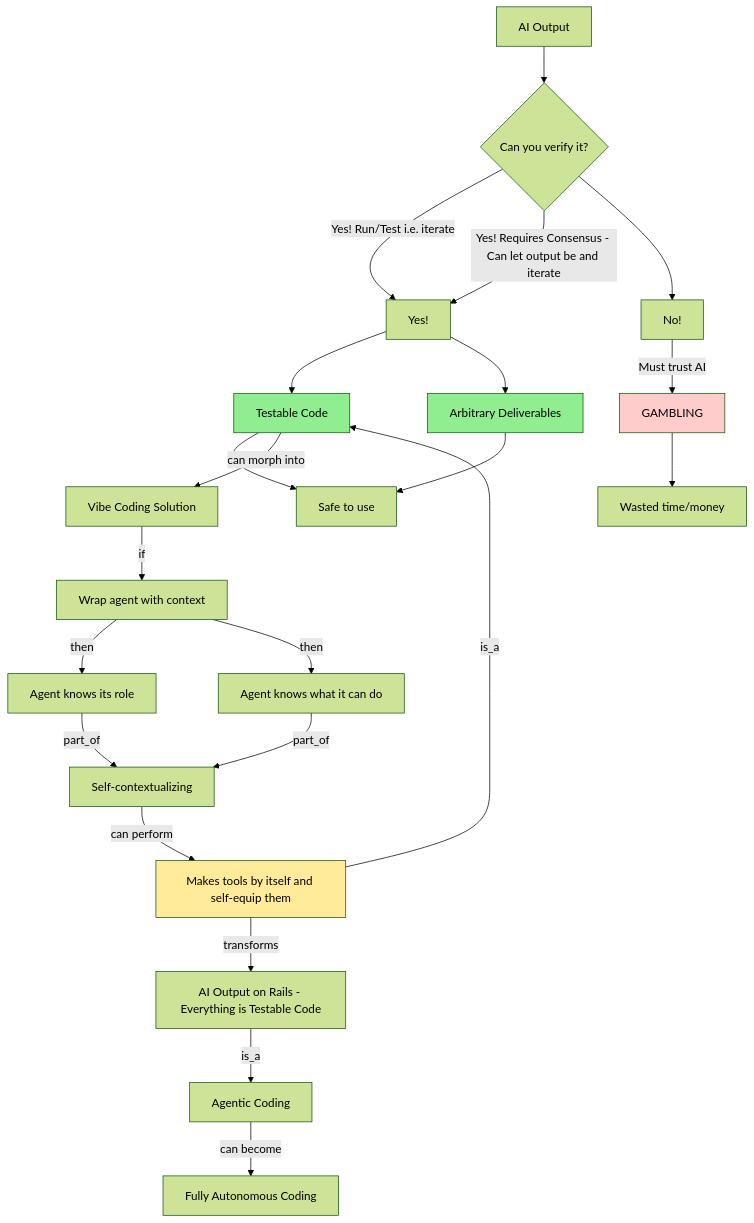
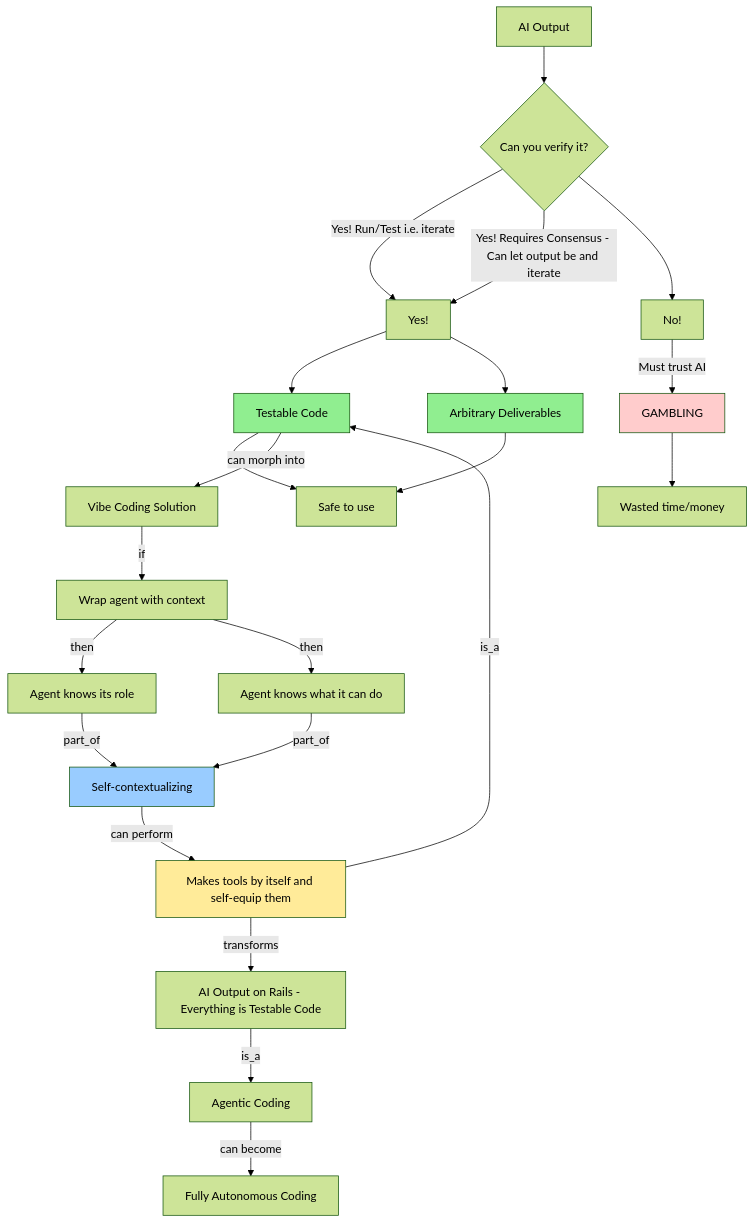
Before and after one commit to sancovp/starship-mcp: the diagram in docs/diagrams/0_VibeCodingBecomesAutoCoding.mermaid, drawn with Mermaid (forest theme).

```diff
--- a/docs/diagrams/0_VibeCodingBecomesAutoCoding.mermaid
+++ b/docs/diagrams/0_VibeCodingBecomesAutoCoding.mermaid
@@ -1,29 +1,30 @@
 flowchart TD
     A[AI Output] --> B{Can you verify it?}
     B -->|Yes! Run/Test i.e. iterate| N[Yes!]
     N --> C[Testable Code]
     B -->|Yes! Requires Consensus - Can let output be and iterate| N
     N --> D[Arbitrary Deliverables]
     B --> O[No!]
     O --> |Must trust AI| E[GAMBLING]
     
     C --> F[Safe to use]
     D --> F
     E --> G[Wasted time/money]
     
     H[Vibe Coding Solution] -->|if| I[Wrap agent with context]
     I -->|then| J[Agent knows its role]
     I -->|then| K[Agent knows what it can do]
     J -->|part_of| L[Self-contextualizing]
     K -->|part_of| L
     L -->|can perform| M[Makes tools by itself and self-equip them]
     M -->|is_a| C
     C -->|can morph into| H
     M -->|transforms| P[AI Output on Rails - Everything is Testable Code]
     P -->|is_a| Q[Agentic Coding]
     Q -->|can become| R[Fully Autonomous Coding]
     
     style C fill:#90EE90
     style D fill:#90EE90
     style E fill:#ffcccc
     style M fill:#ffeb99
+    style L fill:#99ccff
```
